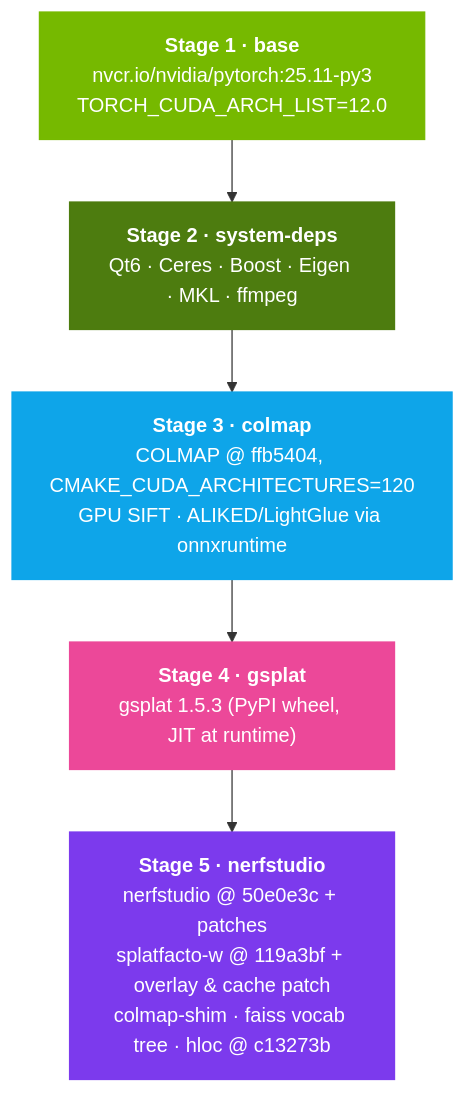
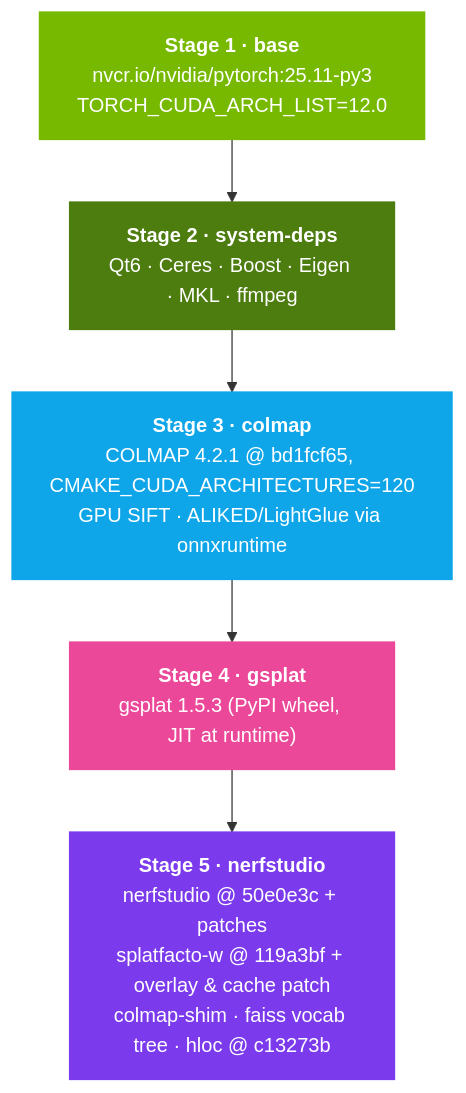
One commit to AlexJumaW99/docker_splat_v2 changed the second of 2 diagrams in README.md. Above: the diagram before and after it, drawn with Mermaid. The commit also changed other lines of this file and 12 other files, not shown here.

````diff
--- a/README.md
+++ b/README.md
@@ -237,15 +237,15 @@
 ```mermaid
 flowchart TB
     S1["<b>Stage 1 · base</b><br/>nvcr.io/nvidia/pytorch:25.11-py3<br/>TORCH_CUDA_ARCH_LIST=12.0"]
     S2["<b>Stage 2 · system-deps</b><br/>Qt6 · Ceres · Boost · Eigen · MKL · ffmpeg"]
-    S3["<b>Stage 3 · colmap</b><br/>COLMAP @ ffb5404, CMAKE_CUDA_ARCHITECTURES=120<br/>GPU SIFT · ALIKED/LightGlue via onnxruntime"]
+    S3["<b>Stage 3 · colmap</b><br/>COLMAP 4.2.1 @ bd1fcf65, CMAKE_CUDA_ARCHITECTURES=120<br/>GPU SIFT · ALIKED/LightGlue via onnxruntime"]
     S4["<b>Stage 4 · gsplat</b><br/>gsplat 1.5.3 (PyPI wheel, JIT at runtime)"]
     S5["<b>Stage 5 · nerfstudio</b><br/>nerfstudio @ 50e0e3c + patches<br/>splatfacto-w @ 119a3bf + overlay & cache patch<br/>colmap-shim · faiss vocab tree · hloc @ c13273b"]
     S1 --> S2 --> S3 --> S4 --> S5
 
     style S1 fill:#76B900,color:#fff,stroke:#76B900
     style S2 fill:#4D7C0F,color:#fff,stroke:#4D7C0F
     style S3 fill:#0EA5E9,color:#fff,stroke:#0EA5E9
     style S4 fill:#EC4899,color:#fff,stroke:#EC4899
     style S5 fill:#7C3AED,color:#fff,stroke:#7C3AED
 ```
````
